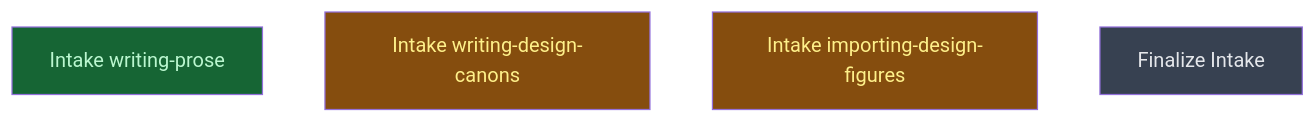
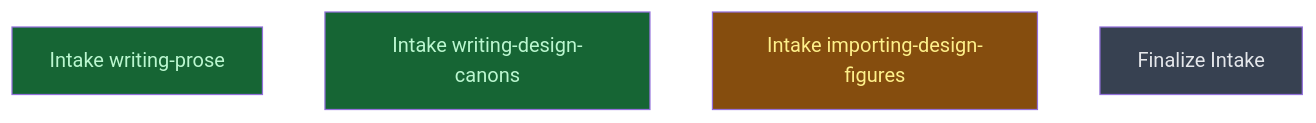
Before and after one commit to CrackingShells/cracking-shells-playbook: the diagram in __roadmap__/skills_intake_triplet/README.md, drawn with Mermaid. The commit also changed other lines of this file, not shown here.

Commit message:
chore(skills-intake): mark writing-design-canons intake leaf done

````diff
--- a/__roadmap__/skills_intake_triplet/README.md
+++ b/__roadmap__/skills_intake_triplet/README.md
@@ -25,12 +25,12 @@
 ```mermaid
 graph TD
     intake_writing_prose[Intake writing-prose]:::done
-    intake_writing_design_canons[Intake writing-design-canons]:::inprogress
+    intake_writing_design_canons[Intake writing-design-canons]:::done
     intake_importing_design_figures[Intake importing-design-figures]:::inprogress
     finalize[Finalize Intake]:::planned
     classDef done       fill:#166534,color:#bbf7d0
     classDef inprogress fill:#854d0e,color:#fef08a
     classDef planned    fill:#374151,color:#e5e7eb
     classDef amendment  fill:#1e3a5f,color:#bfdbfe
     classDef blocked    fill:#7f1d1d,color:#fecaca
 ```
````
